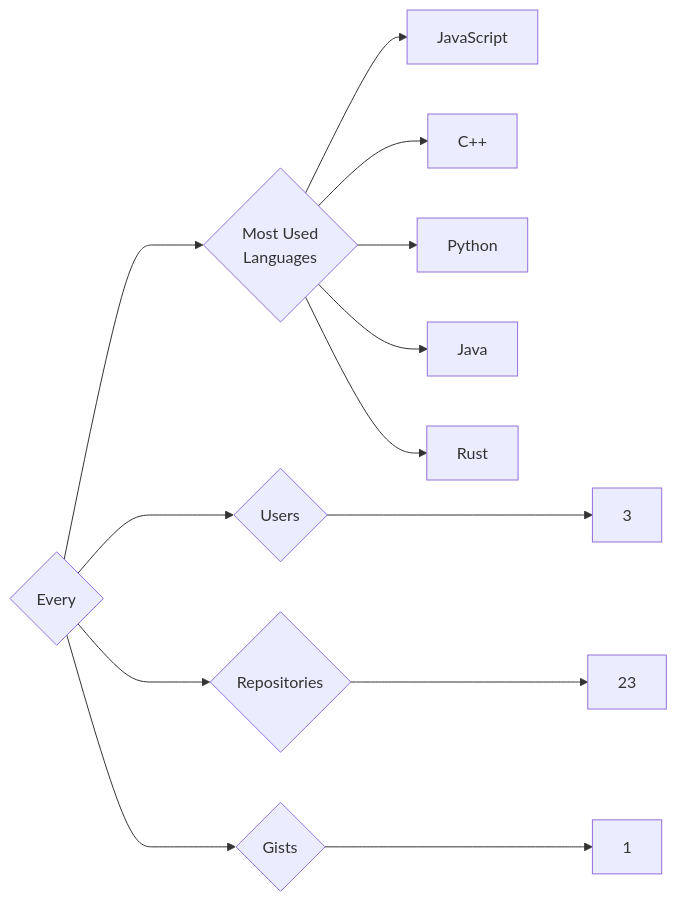
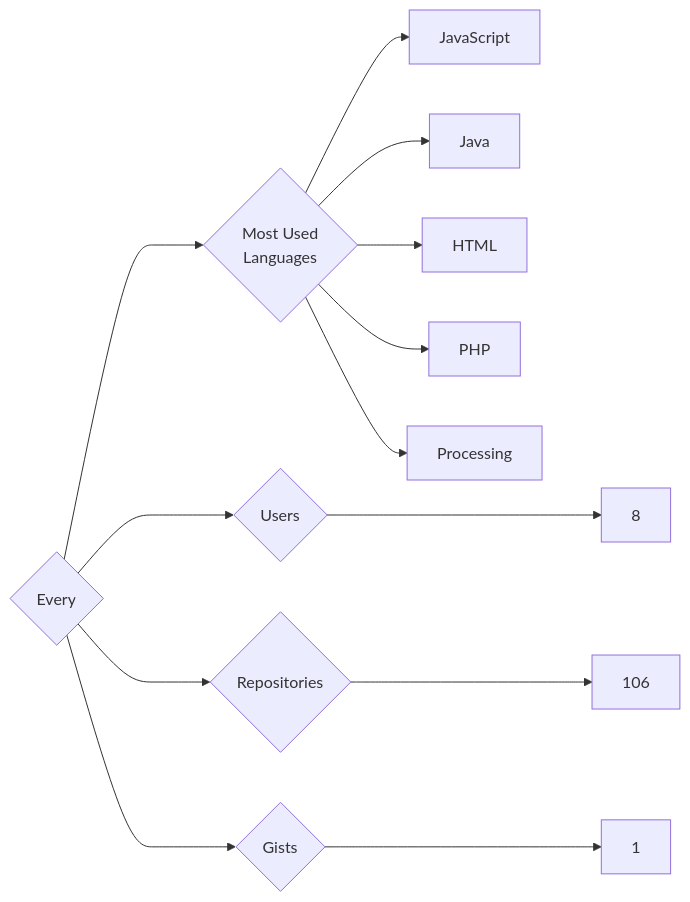
The diagram in targets/Every/README.md (trickest/insiders), drawn with Mermaid before and after one commit. The commit also changed 899 other files, not shown here.

````diff
--- a/targets/Every/README.md
+++ b/targets/Every/README.md
@@ -3,13 +3,13 @@
 ```mermaid
 graph LR
 COMPANY_NAME{Every}
-COMPANY_NAME ---> U{Users} ---> UN[3]
-COMPANY_NAME ---> R{Repositories} ---> RN[23]
+COMPANY_NAME ---> U{Users} ---> UN[8]
+COMPANY_NAME ---> R{Repositories} ---> RN[106]
 COMPANY_NAME ---> G{Gists} ---> GN[1]
 COMPANY_NAME ---> ML{Most Used<br>Languages}
 ML --> JavaScript[JavaScript]
-ML --> C++[C++]
-ML --> Python[Python]
 ML --> Java[Java]
-ML --> Rust[Rust]
+ML --> HTML[HTML]
+ML --> PHP[PHP]
+ML --> Processing[Processing]
 ```
````
